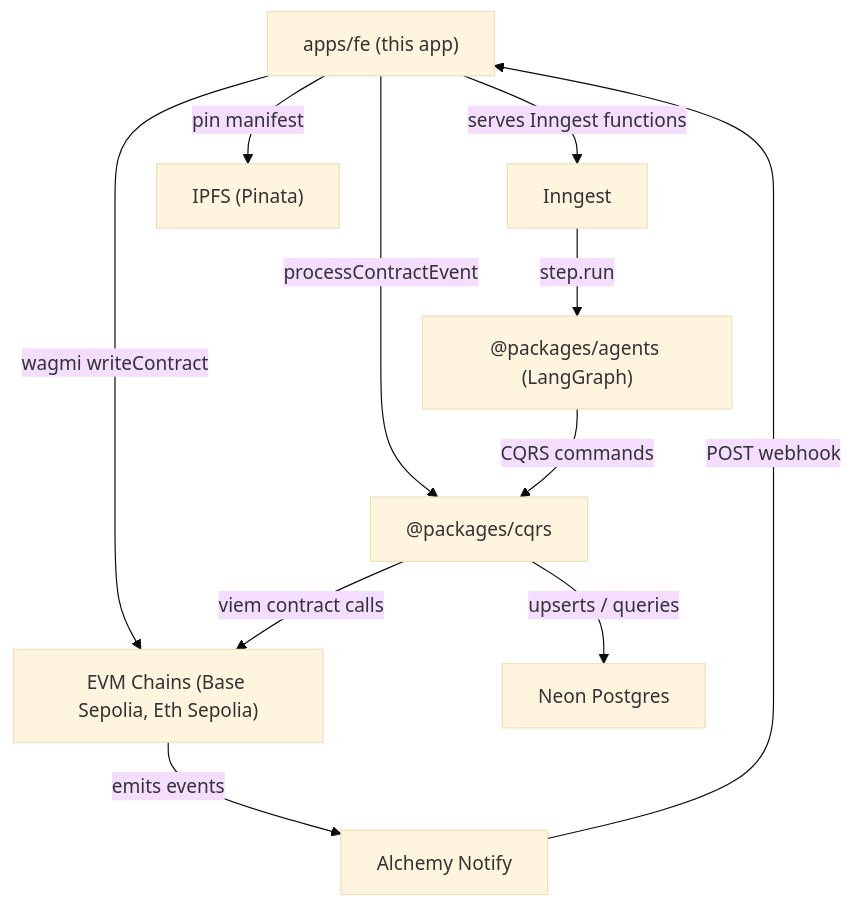
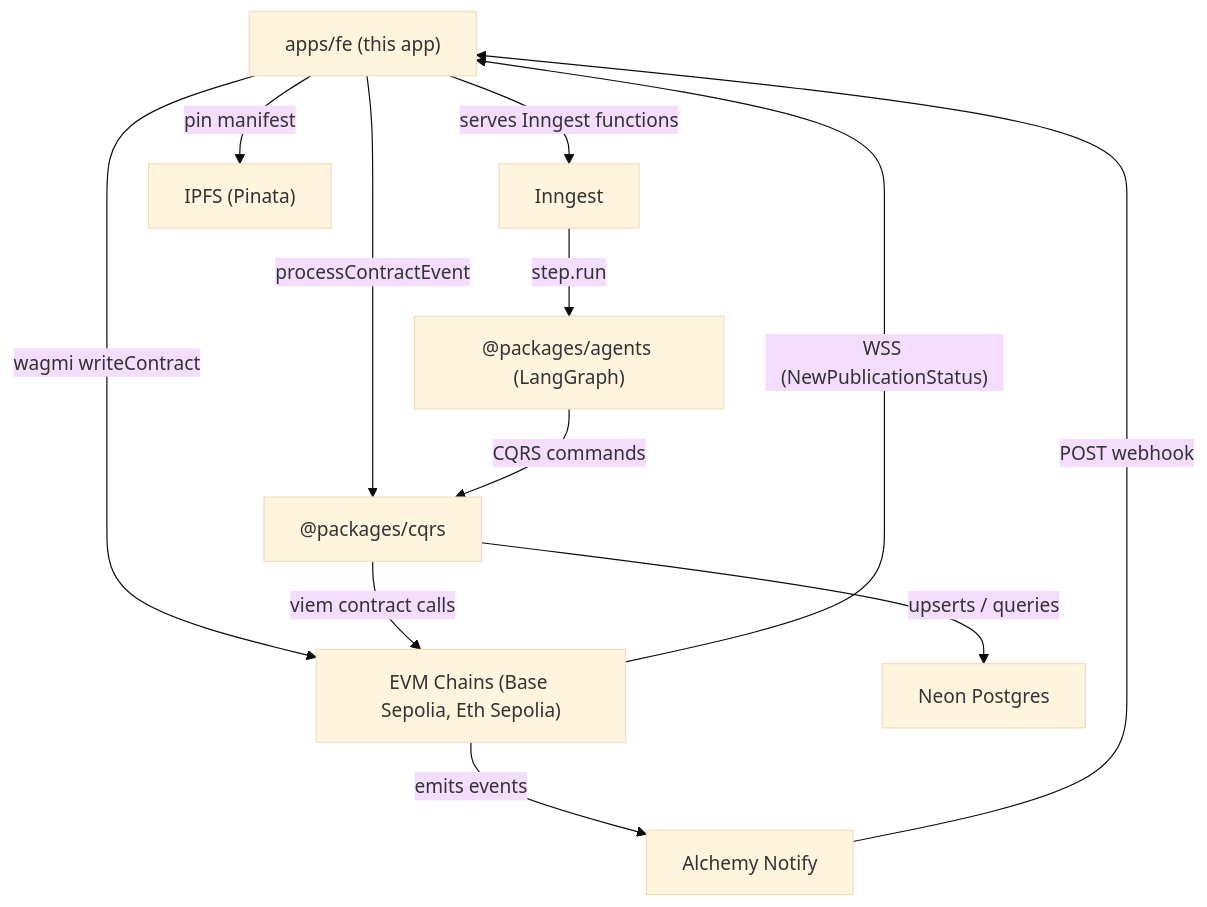
One commit to SiegfriedBz/BioVerify_Agentic_DApp changed the first of 3 diagrams in apps/fe/README.md. Above: the diagram before and after it, drawn with Mermaid (base theme). The commit also changed other lines of this file and 1 other file, not shown here.

````diff
--- a/apps/fe/README.md
+++ b/apps/fe/README.md
@@ -22,22 +22,23 @@
 ```mermaid
 graph TD
     FE["apps/fe (this app)"]
     Chain["EVM Chains (Base Sepolia, Eth Sepolia)"]
     Alchemy["Alchemy Notify"]
     CQRS["@packages/cqrs"]
     NeonDB["Neon Postgres"]
     Inngest["Inngest"]
     Agents["@packages/agents (LangGraph)"]
     IPFS["IPFS (Pinata)"]
 
     FE -- "wagmi writeContract" --> Chain
     Chain -- "emits events" --> Alchemy
     Alchemy -- "POST webhook" --> FE
     FE -- "processContractEvent" --> CQRS
+    Chain -- "WSS (NewPublicationStatus)" --> FE
     CQRS -- "upserts / queries" --> NeonDB
     CQRS -- "viem contract calls" --> Chain
     FE -- "serves Inngest functions" --> Inngest
     Inngest -- "step.run" --> Agents
     Agents -- "CQRS commands" --> CQRS
     FE -- "pin manifest" --> IPFS
 ```
````
